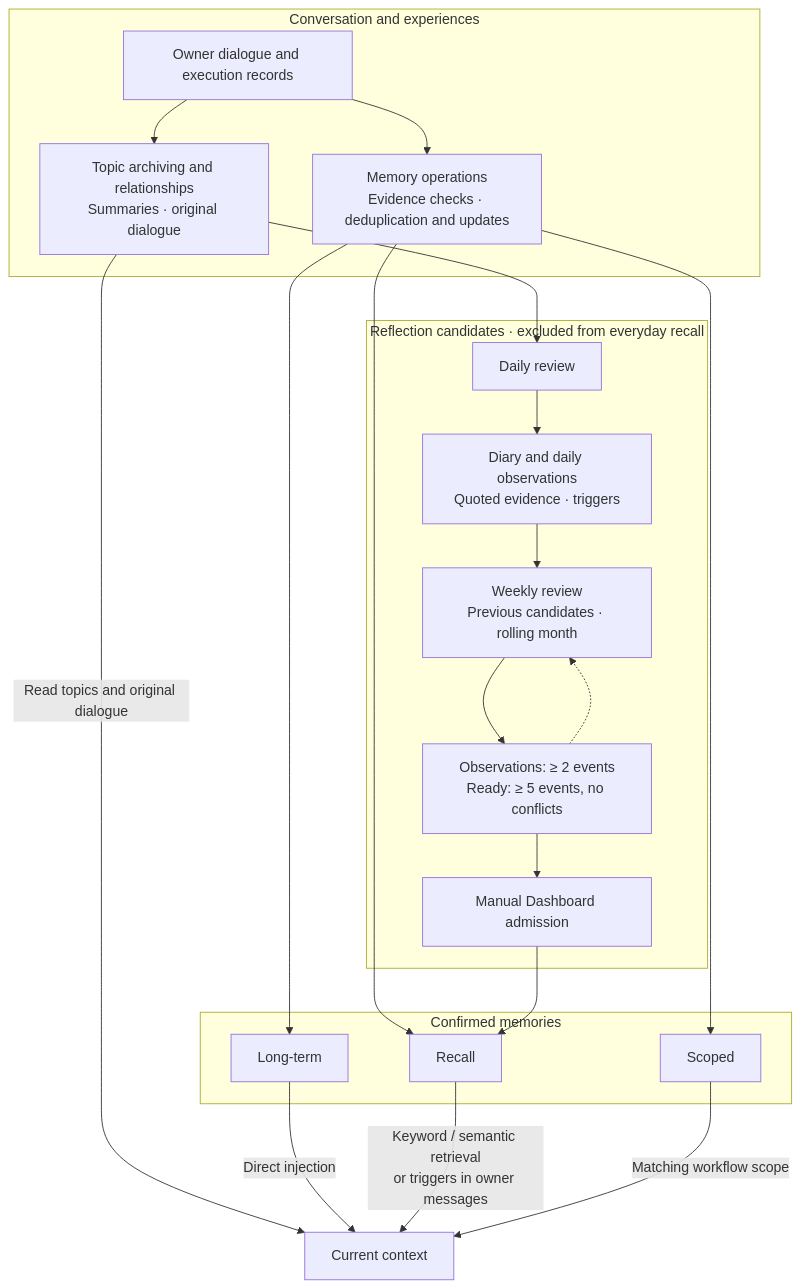
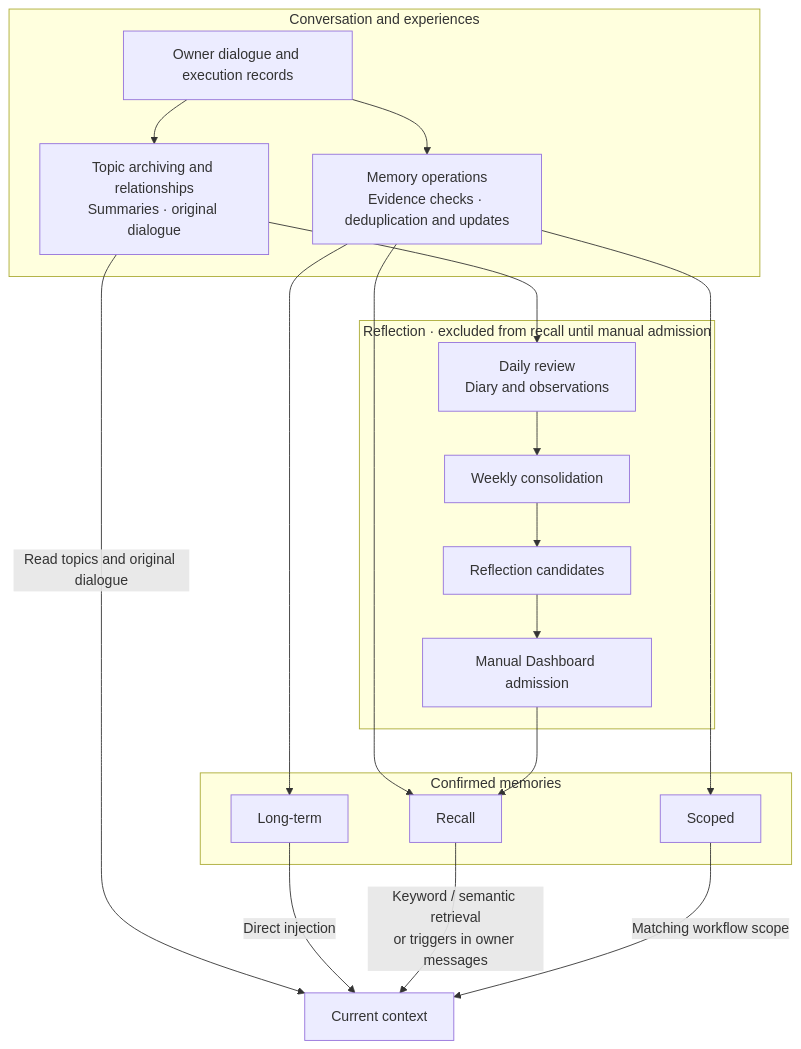
One commit to RicterZ/Momoi changed the second of 2 diagrams in README.md. Above: the diagram before and after it, drawn with Mermaid. The commit also changed 1 other file, not shown here.

Commit message:
docs: simplify reflection memory architecture diagrams

````diff
--- a/README.md
+++ b/README.md
@@ -170,31 +170,29 @@
 ```mermaid
 flowchart TB
   subgraph history["Conversation and experiences"]
     dialogue["Owner dialogue and execution records"] --> topics["Topic archiving and relationships<br/>Summaries · original dialogue"]
     dialogue --> writing["Memory operations<br/>Evidence checks · deduplication and updates"]
   end
 
-  subgraph reflection["Reflection candidates · excluded from everyday recall"]
-    daily["Daily review"] --> observations["Diary and daily observations<br/>Quoted evidence · triggers"]
-    observations --> weekly["Weekly review<br/>Previous candidates · rolling month"]
-    weekly --> candidates["Observations: ≥ 2 events<br/>Ready: ≥ 5 events, no conflicts"]
-    candidates -.-> weekly
+  subgraph reflection["Reflection · excluded from recall until manual admission"]
+    daily["Daily review<br/>Diary and observations"] --> weekly["Weekly consolidation"]
+    weekly --> candidates["Reflection candidates"]
     candidates --> admission["Manual Dashboard admission"]
   end
 
   subgraph memory["Confirmed memories"]
     core["Long-term"]
     recall["Recall"]
     scoped["Scoped"]
   end
 
   topics --> daily
   writing --> core
   writing --> recall
   writing --> scoped
   admission --> recall
   topics -->|"Read topics and original dialogue"| context["Current context"]
   core -->|"Direct injection"| context
   recall -->|"Keyword / semantic retrieval<br/>or triggers in owner messages"| context
   scoped -->|"Matching workflow scope"| context
 ```
````
